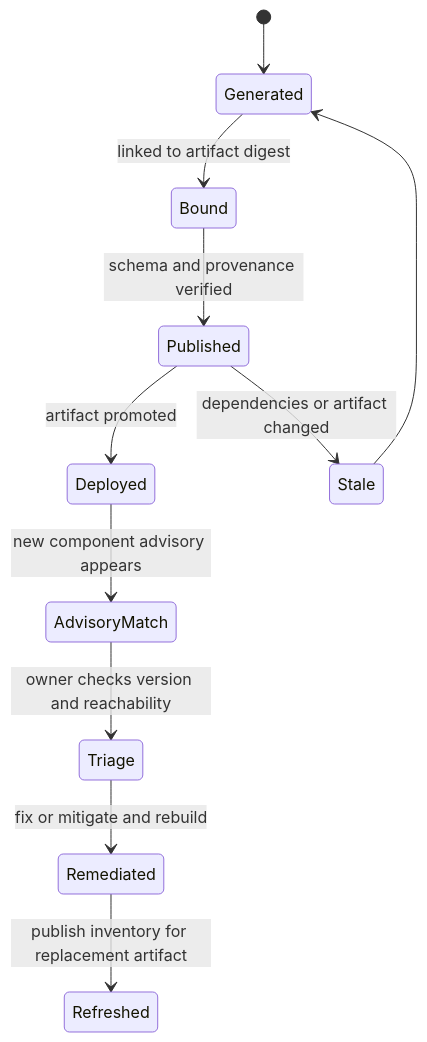
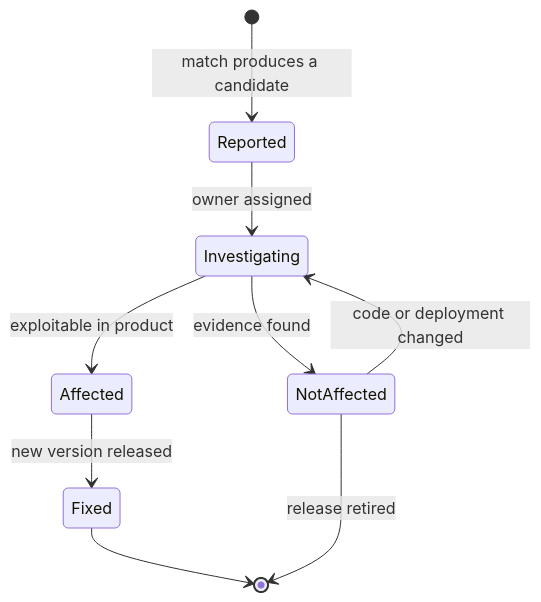
The seventh of 12 diagrams in 15_Security/CH16_SBOM.md (joydasss/Architect), drawn with Mermaid before and after one commit. The commit also changed other lines of this file and 295 other files, not shown here.

````diff
--- a/15_Security/CH16_SBOM.md
+++ b/15_Security/CH16_SBOM.md
@@ -84,13 +527,11 @@
 ```mermaid
 stateDiagram-v2
-    [*] --> Generated
-    Generated --> Bound: linked to artifact digest
-    Bound --> Published: schema and provenance verified
-    Published --> Deployed: artifact promoted
-    Deployed --> AdvisoryMatch: new component advisory appears
-    AdvisoryMatch --> Triage: owner checks version and reachability
-    Triage --> Remediated: fix or mitigate and rebuild
-    Remediated --> Refreshed: publish inventory for replacement artifact
-    Published --> Stale: dependencies or artifact changed
-    Stale --> Generated
+    [*] --> Reported: match produces a candidate
+    Reported --> Investigating: owner assigned
+    Investigating --> NotAffected: evidence found
+    Investigating --> Affected: exploitable in product
+    Affected --> Fixed: new version released
+    NotAffected --> Investigating: code or deployment changed
+    Fixed --> [*]
+    NotAffected --> [*]: release retired
 ```
````
